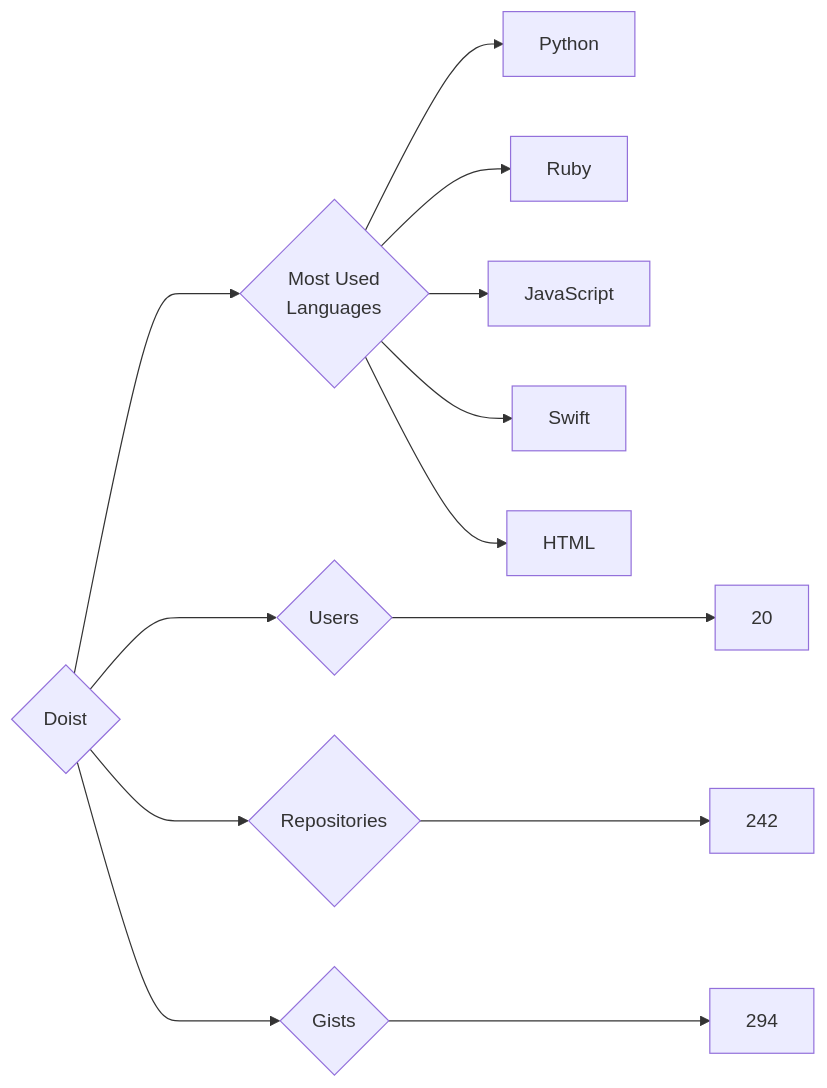
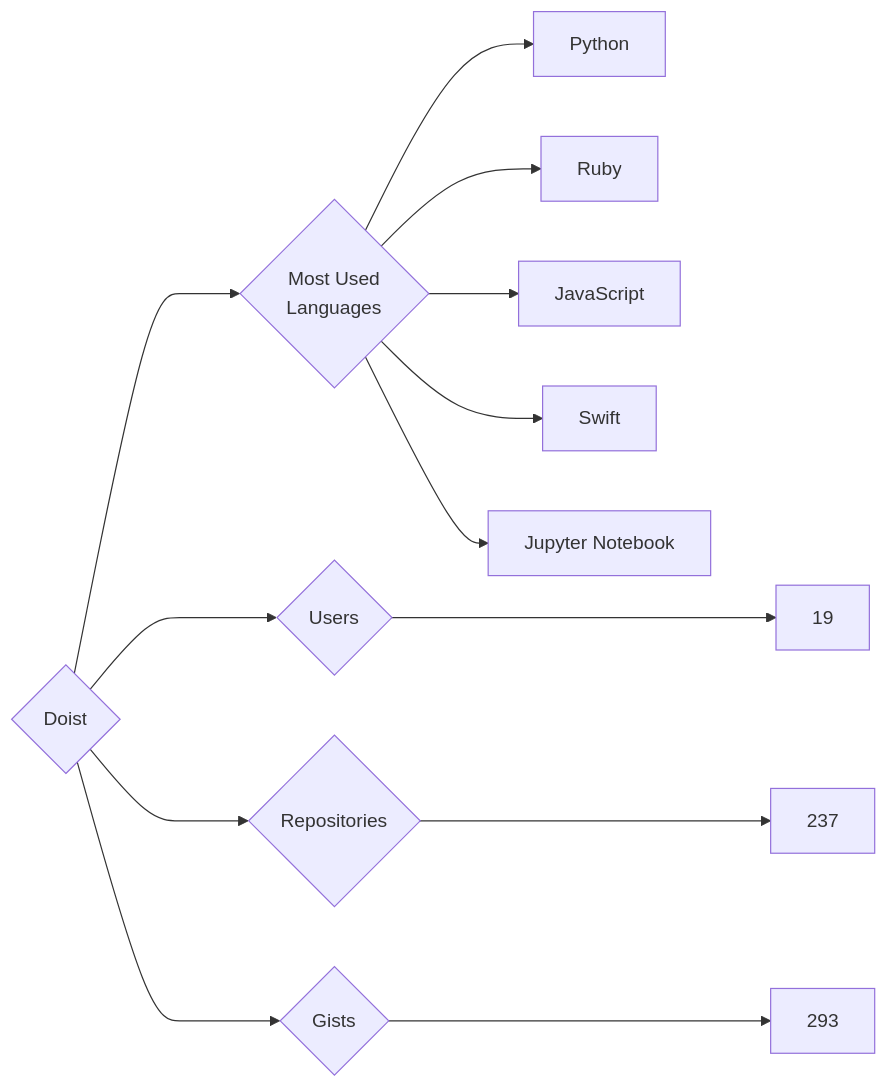
The diagram in targets/Doist/README.md (trickest/insiders), drawn with Mermaid before and after one commit. The commit also changed 861 other files, not shown here.

````diff
--- a/targets/Doist/README.md
+++ b/targets/Doist/README.md
@@ -3,13 +3,13 @@
 ```mermaid
 graph LR
 COMPANY_NAME{Doist}
-COMPANY_NAME ---> U{Users} ---> UN[20]
-COMPANY_NAME ---> R{Repositories} ---> RN[242]
-COMPANY_NAME ---> G{Gists} ---> GN[294]
+COMPANY_NAME ---> U{Users} ---> UN[19]
+COMPANY_NAME ---> R{Repositories} ---> RN[237]
+COMPANY_NAME ---> G{Gists} ---> GN[293]
 COMPANY_NAME ---> ML{Most Used<br>Languages}
 ML --> Python[Python]
 ML --> Ruby[Ruby]
 ML --> JavaScript[JavaScript]
 ML --> Swift[Swift]
-ML --> HTML[HTML]
+ML --> Jupyter_Notebook[Jupyter Notebook]
 ```
````
